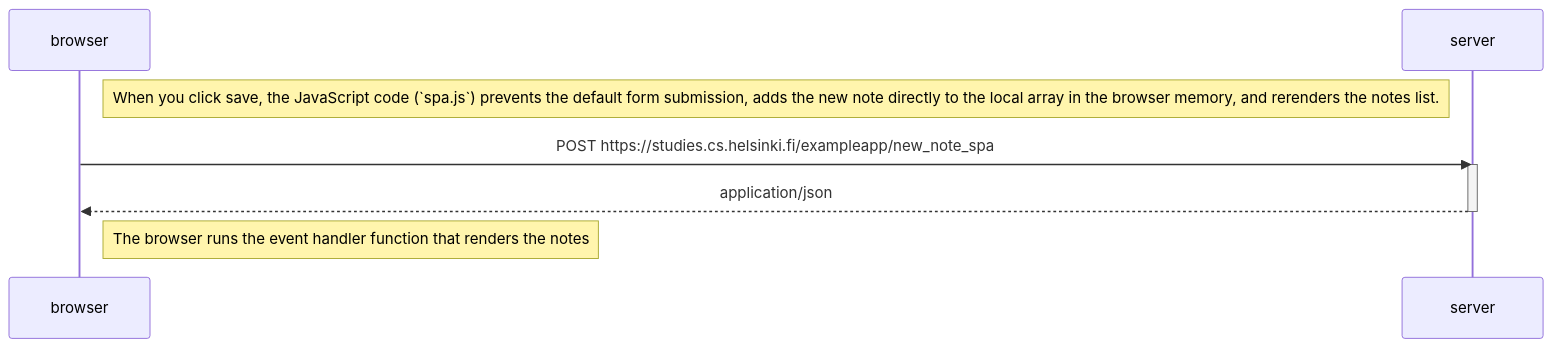
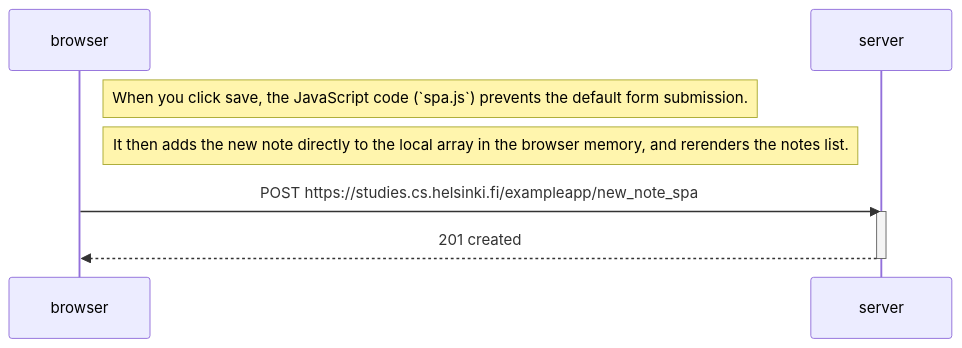
Before and after one commit to creativrajit/full-stack-open-helsinki: the diagram in part0/exercise06.md, drawn with Mermaid.

Commit message:
final changes to part0

````diff
--- a/part0/exercise06.md
+++ b/part0/exercise06.md
@@ -1,16 +1,14 @@
 ```mermaid
 sequenceDiagram
     participant browser
     participant server
 
-    Note right of browser: When you click save, the JavaScript code (`spa.js`) prevents the default form submission, adds the new note directly to the local array in the browser memory, and rerenders the notes list.
+    Note right of browser: When you click save, the JavaScript code (`spa.js`) prevents the default form submission.
+    Note right of browser:  It then adds the new note directly to the local array in the browser memory, and rerenders the notes list.
 
     browser->>server: POST https://studies.cs.helsinki.fi/exampleapp/new_note_spa
     activate server
-    server-->>browser: application/json
+    server-->>browser: 201 created
     deactivate server
 
-
-    Note right of browser: The browser runs the event handler function that renders the notes
-
 ```
````
